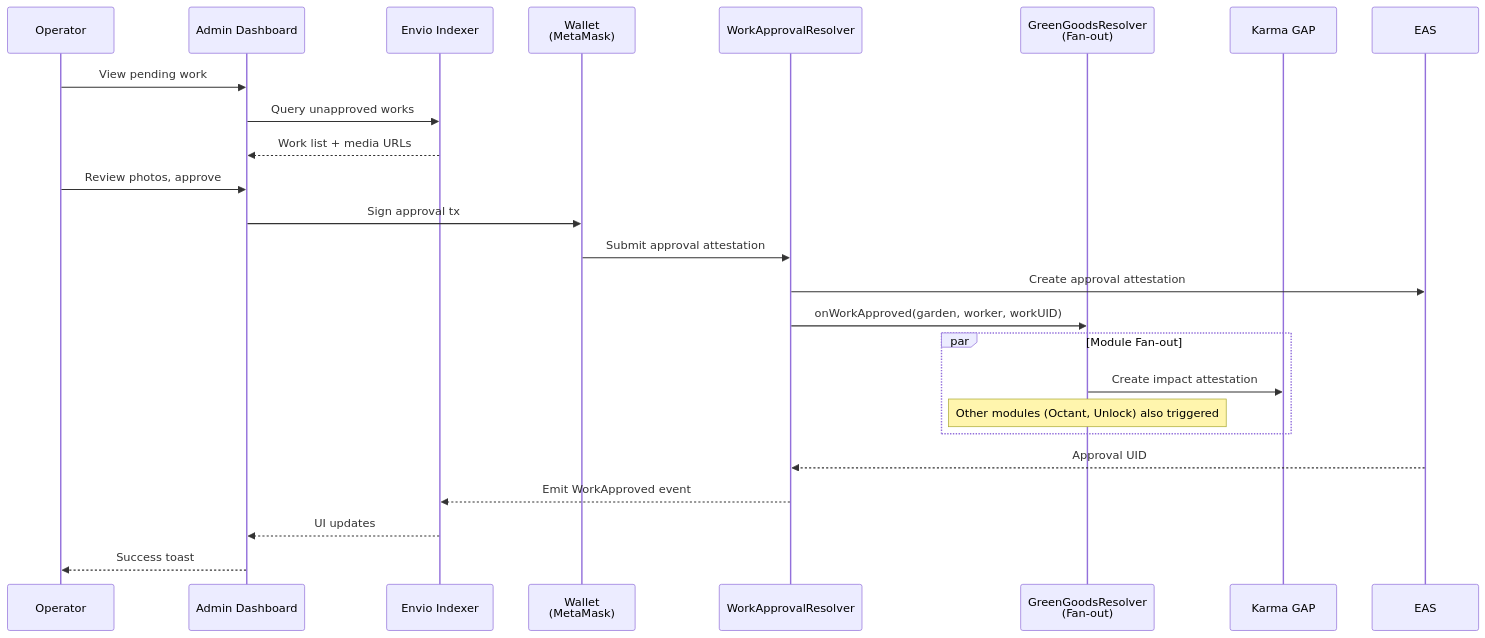
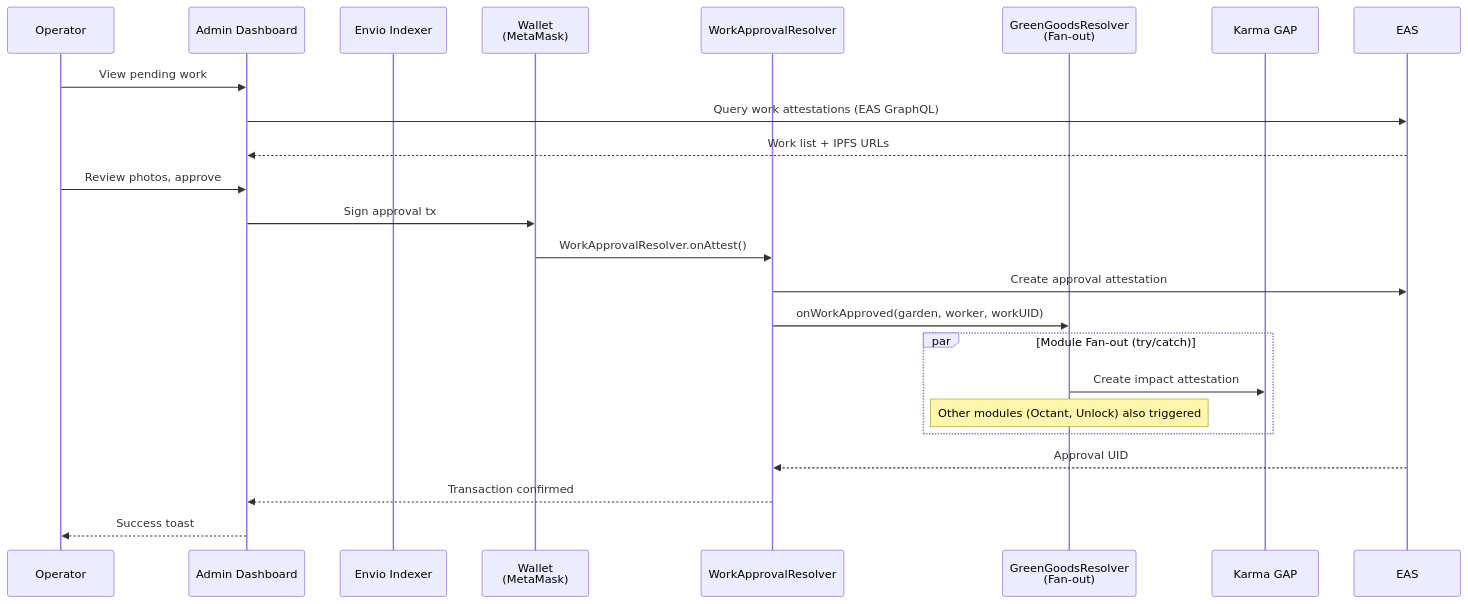
One commit to greenpill-dev-guild/green-goods changed the third of 10 diagrams in docs/docs/developer/architecture/diagrams.md. Above: the diagram before and after it, drawn with Mermaid. The commit also changed other lines of this file and 58 other files, not shown here.

````diff
--- a/docs/docs/developer/architecture/diagrams.md
+++ b/docs/docs/developer/architecture/diagrams.md
@@ -105,30 +105,29 @@
 ```mermaid
 sequenceDiagram
   participant O as Operator
   participant AD as Admin Dashboard
   participant IDX as Envio Indexer
   participant W as Wallet<br/>(MetaMask)
   participant SC as WorkApprovalResolver
   participant GG as GreenGoodsResolver<br/>(Fan-out)
   participant GAP as Karma GAP
   participant EAS as EAS
 
   O->>AD: View pending work
-  AD->>IDX: Query unapproved works
-  IDX-->>AD: Work list + media URLs
+  AD->>EAS: Query work attestations (EAS GraphQL)
+  EAS-->>AD: Work list + IPFS URLs
   O->>AD: Review photos, approve
   AD->>W: Sign approval tx
-  W->>SC: Submit approval attestation
+  W->>SC: WorkApprovalResolver.onAttest()
   SC->>EAS: Create approval attestation
   SC->>GG: onWorkApproved(garden, worker, workUID)
   
-  par Module Fan-out
+  par Module Fan-out (try/catch)
     GG->>GAP: Create impact attestation
     Note over GG: Other modules (Octant, Unlock) also triggered
   end
 
   EAS-->>SC: Approval UID
-  SC-->>IDX: Emit WorkApproved event
-  IDX-->>AD: UI updates
+  SC-->>AD: Transaction confirmed
   AD-->>O: Success toast
 ```
````
